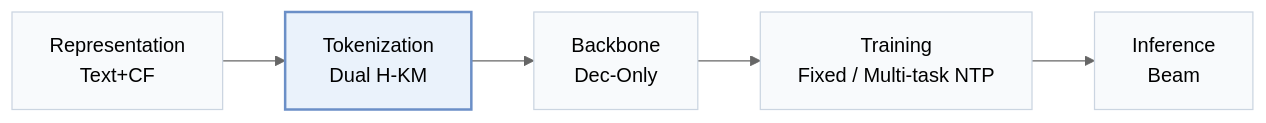
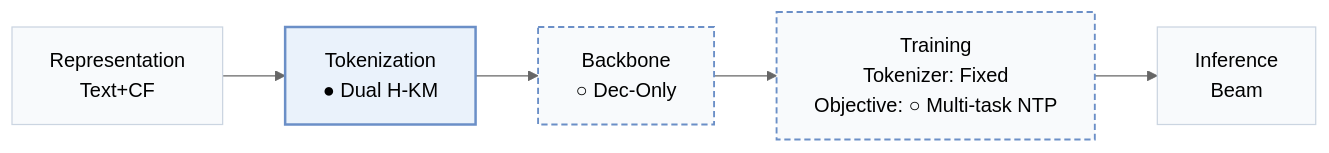
Before and after one commit to Galaxy-ghost/Awesome-SID-Generative-Rec: the first of 2 diagrams in pages/papers/eager-llm.md, drawn with Mermaid (neutral theme). The commit also changed other lines of this file and 558 other files, not shown here.

````diff
--- a/pages/papers/eager-llm.md
+++ b/pages/papers/eager-llm.md
@@ -15,8 +18,10 @@
 ```mermaid
 flowchart LR
-    R["Representation<br/>Text+CF"] --> T["Tokenization<br/>Dual H-KM"] --> B["Backbone<br/>Dec-Only"] --> TR["Training<br/>Fixed / Multi-task NTP"] --> I["Inference<br/>Beam"]
+    R["Representation<br/>Text+CF"] --> T["Tokenization<br/>● Dual H-KM"] --> B["Backbone<br/>○ Dec-Only"] --> TR["Training<br/>Tokenizer: Fixed<br/>Objective: ○ Multi-task NTP"] --> I["Inference<br/>Beam"]
     classDef base fill:#f8fafc,stroke:#cbd5e1
     class R,T,B,TR,I base
+    classDef other fill:#f8fafc,stroke:#6b8fc7,stroke-width:1.5px,stroke-dasharray:5 3
+    class B,TR other
     classDef main fill:#eaf2fb,stroke:#6b8fc7,stroke-width:2px
     class T main
 ```
````
